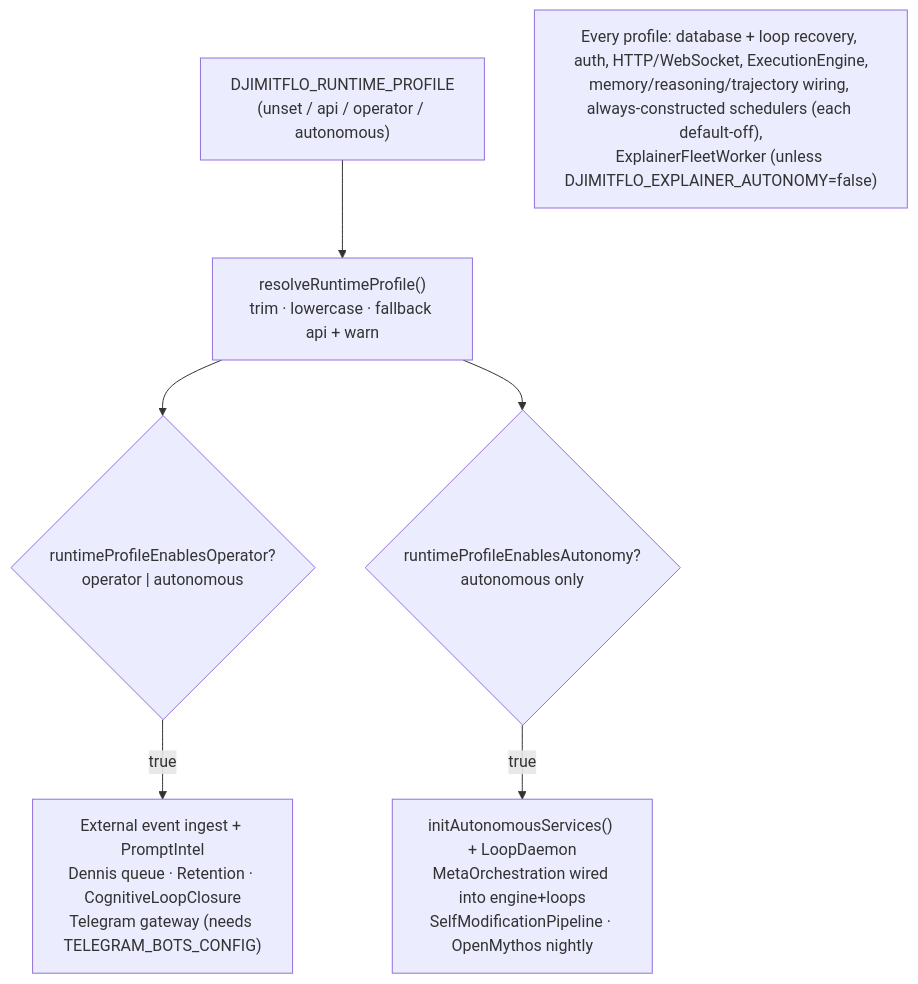
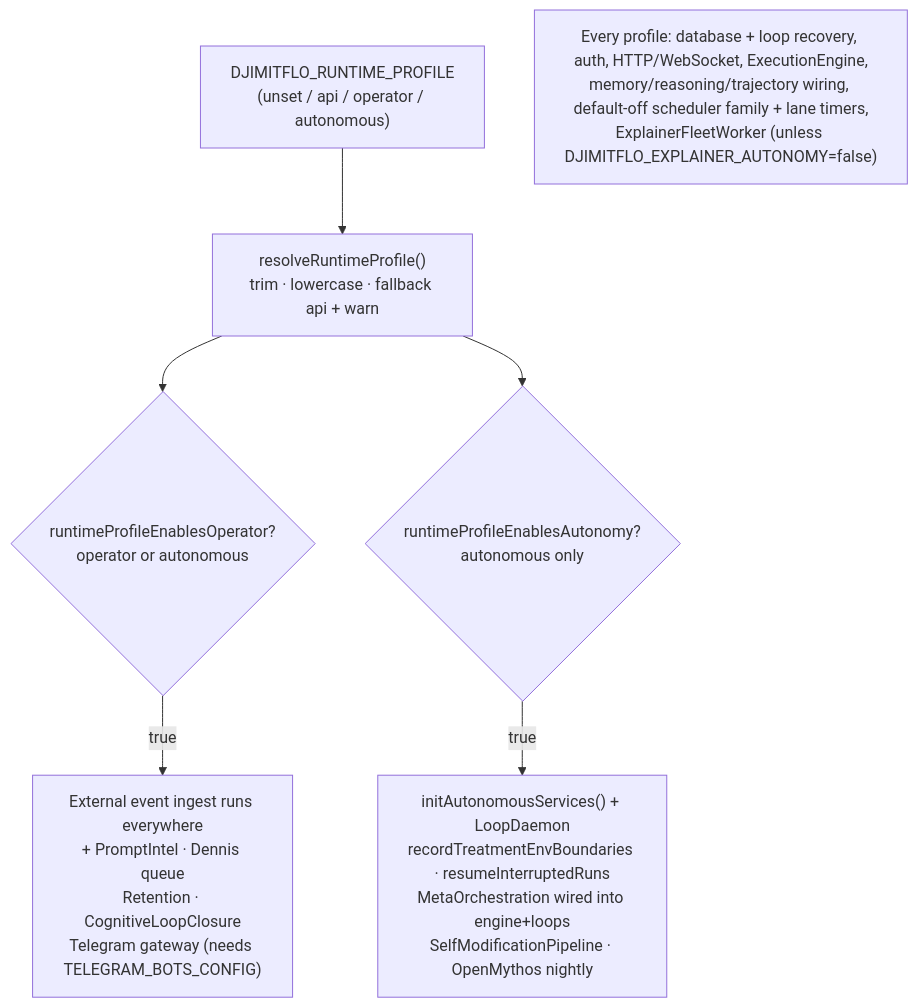
One commit to djimit/djimitflo changed the diagram in openwiki/architecture/runtime-profiles.md. Above: the diagram before and after it, drawn with Mermaid. The commit also changed other lines of this file and 48 other files, not shown here.

````diff
--- a/openwiki/architecture/runtime-profiles.md
+++ b/openwiki/architecture/runtime-profiles.md
@@ -76,9 +80,9 @@
 ```mermaid
 flowchart TD
     ENV["DJIMITFLO_RUNTIME_PROFILE<br/>(unset / api / operator / autonomous)"] --> RES["resolveRuntimeProfile()<br/>trim · lowercase · fallback api + warn"]
-    RES --> OP{"runtimeProfileEnablesOperator?<br/>operator | autonomous"}
+    RES --> OP{"runtimeProfileEnablesOperator?<br/>operator or autonomous"}
     RES --> AU{"runtimeProfileEnablesAutonomy?<br/>autonomous only"}
-    OP -->|true| OPSVCS["External event ingest + PromptIntel<br/>Dennis queue · Retention · CognitiveLoopClosure<br/>Telegram gateway (needs TELEGRAM_BOTS_CONFIG)"]
-    AU -->|true| AUSVCS["initAutonomousServices() + LoopDaemon<br/>MetaOrchestration wired into engine+loops<br/>SelfModificationPipeline · OpenMythos nightly"]
-    ALL["Every profile: database + loop recovery, auth, HTTP/WebSocket, ExecutionEngine,<br/>memory/reasoning/trajectory wiring, always-constructed schedulers (each default-off),<br/>ExplainerFleetWorker (unless DJIMITFLO_EXPLAINER_AUTONOMY=false)"]
+    OP -->|true| OPSVCS["External event ingest runs everywhere<br/>+ PromptIntel · Dennis queue<br/>Retention · CognitiveLoopClosure<br/>Telegram gateway (needs TELEGRAM_BOTS_CONFIG)"]
+    AU -->|true| AUSVCS["initAutonomousServices() + LoopDaemon<br/>recordTreatmentEnvBoundaries · resumeInterruptedRuns<br/>MetaOrchestration wired into engine+loops<br/>SelfModificationPipeline · OpenMythos nightly"]
+    ALL["Every profile: database + loop recovery, auth, HTTP/WebSocket, ExecutionEngine,<br/>memory/reasoning/trajectory wiring, default-off scheduler family + lane timers,<br/>ExplainerFleetWorker (unless DJIMITFLO_EXPLAINER_AUTONOMY=false)"]
 ```
````
